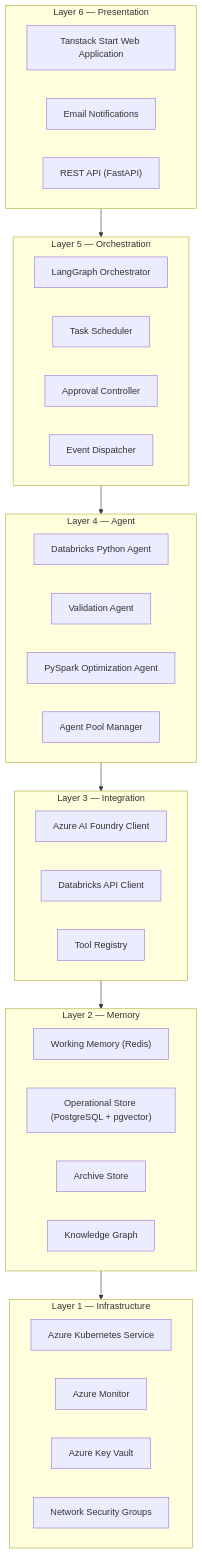
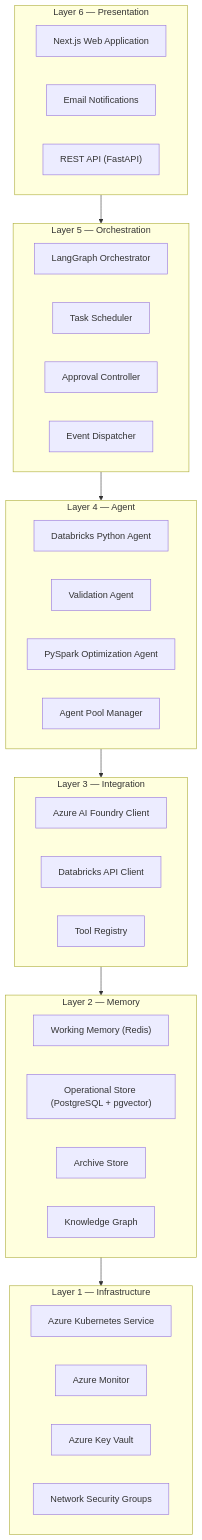
The first of 5 diagrams in AADAP_Master_Blueprint.md (Parth18062003/bionics), drawn with Mermaid before and after one commit. The commit also changed other lines of this file and 122 other files, not shown here.

````diff
--- a/AADAP_Master_Blueprint.md
+++ b/AADAP_Master_Blueprint.md
@@ -95,48 +95,48 @@
 ```mermaid
 graph TB
     subgraph L6["Layer 6 — Presentation"]
-        WEB["Tanstack Start Web Application"]
+        WEB["Next.js Web Application"]
         EMAIL["Email Notifications"]
         API["REST API (FastAPI)"]
     end
 
     subgraph L5["Layer 5 — Orchestration"]
         ORCH["LangGraph Orchestrator"]
         SCHED["Task Scheduler"]
         APPR["Approval Controller"]
         EVNT["Event Dispatcher"]
     end
 
     subgraph L4["Layer 4 — Agent"]
         DEV["Databricks Python Agent"]
         VAL["Validation Agent"]
         OPT["PySpark Optimization Agent"]
         POOL["Agent Pool Manager"]
     end
 
     subgraph L3["Layer 3 — Integration"]
         LLM["Azure AI Foundry Client"]
         DBX["Databricks API Client"]
         TOOL["Tool Registry"]
     end
 
     subgraph L2["Layer 2 — Memory"]
         WM["Working Memory (Redis)"]
         OP["Operational Store (PostgreSQL + pgvector)"]
         AR["Archive Store"]
         KG["Knowledge Graph"]
     end
 
     subgraph L1["Layer 1 — Infrastructure"]
         AKS["Azure Kubernetes Service"]
         MONITOR["Azure Monitor"]
         KV["Azure Key Vault"]
         NSG["Network Security Groups"]
     end
 
     L6 --> L5
     L5 --> L4
     L4 --> L3
     L3 --> L2
     L2 --> L1
 ```
````
